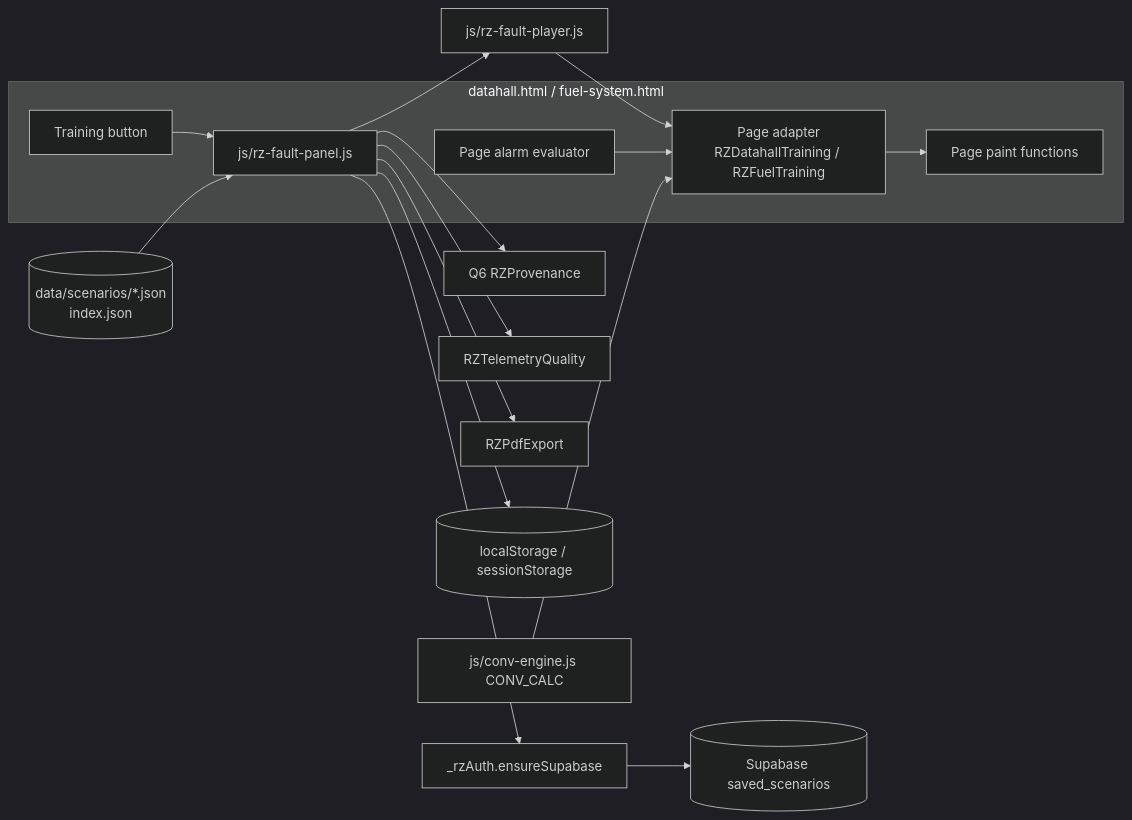
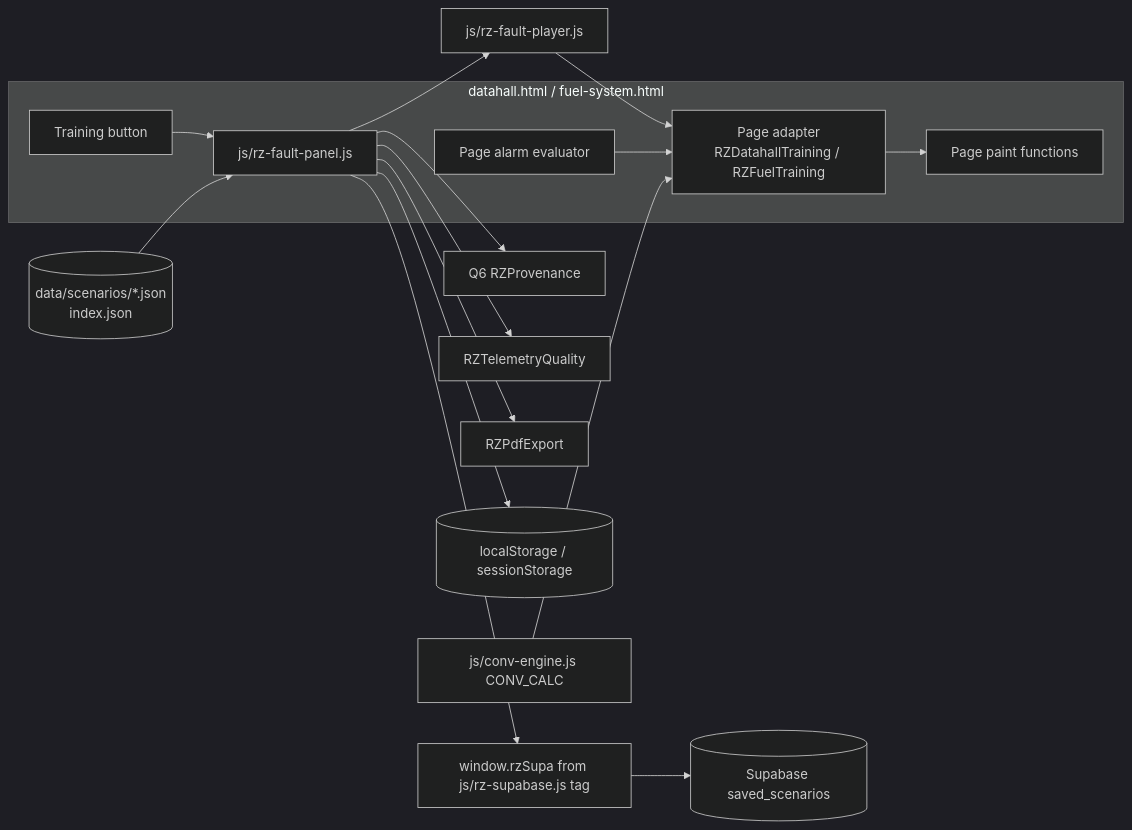
One commit to baguspermana7-cpu/bfrfranco.github.io changed the third of 4 diagrams in documentation/product-transformation/02-prds/PRD-Q07/PRD.md. Above: the diagram before and after it, drawn with Mermaid (dark theme). The commit also changed other lines of this file and 7 other files, not shown here.

````diff
--- a/documentation/product-transformation/02-prds/PRD-Q07/PRD.md
+++ b/documentation/product-transformation/02-prds/PRD-Q07/PRD.md
@@ -952,20 +961,20 @@
 ```mermaid
 flowchart LR
   subgraph Page[datahall.html / fuel-system.html]
     BTN[Training button] --> PANEL
     ADP[Page adapter\nRZDatahallTraining / RZFuelTraining]
     EVAL[Page alarm evaluator]
     PAINT[Page paint functions]
   end
   PANEL[js/rz-fault-panel.js] --> PLAYER[js/rz-fault-player.js]
   PLAYER --> ADP
   ADP --> PAINT
   EVAL --> ADP
   ENG[js/conv-engine.js CONV_CALC] --> ADP
   DATA[(data/scenarios/*.json\nindex.json)] --> PANEL
   PANEL --> PROV[Q6 RZProvenance]
   PANEL --> TQ[RZTelemetryQuality]
   PANEL --> PDF[RZPdfExport]
   PANEL --> LS[(localStorage / sessionStorage)]
-  PANEL --> AUTH[_rzAuth.ensureSupabase] --> SUPA[(Supabase saved_scenarios)]
+  PANEL --> RZSUPA[window.rzSupa from js/rz-supabase.js tag] --> SUPA[(Supabase saved_scenarios)]
 ```
````
